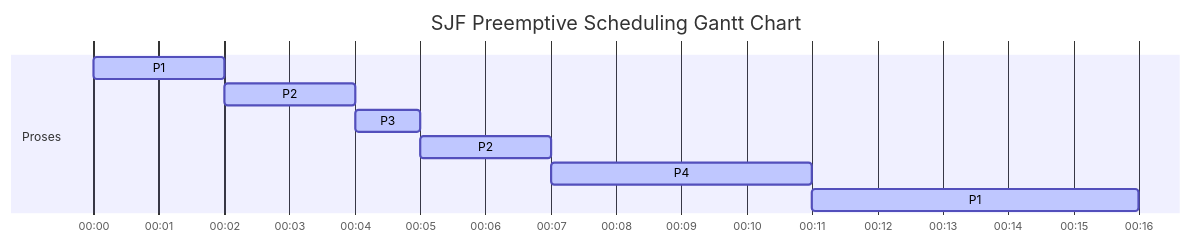
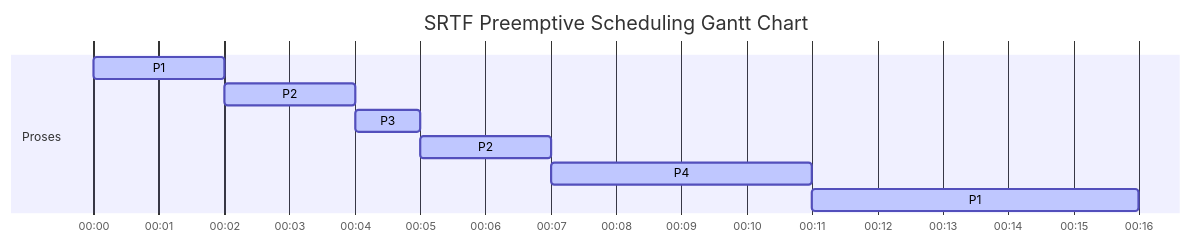
One commit to nafannz/Sistem-Oprasi---2025 changed the third of 3 diagrams in SJF & SRTF Schedulling.md. Above: the diagram before and after it, drawn with Mermaid.

Commit message:
Update SJF & SRTF Schedulling.md

````diff
--- a/SJF & SRTF Schedulling.md
+++ b/SJF & SRTF Schedulling.md
@@ -337,16 +337,16 @@
 ```mermaid
 
 gantt
-    title SJF Preemptive Scheduling Gantt Chart
+    title SRTF Preemptive Scheduling Gantt Chart
     dateFormat  HH:mm
     axisFormat %H:%M
     section Proses
     P1 :active, p1, 00:00, 2m
     P2 :active, p2, 00:02, 2m
     P3 :active, p3, 00:04, 1m
     P2 :active, p2b, 00:05, 2m
     P4 :active, p4, 00:07, 4m
     P1 :active, p1b, 00:11, 5m
 
  
 ```
````
